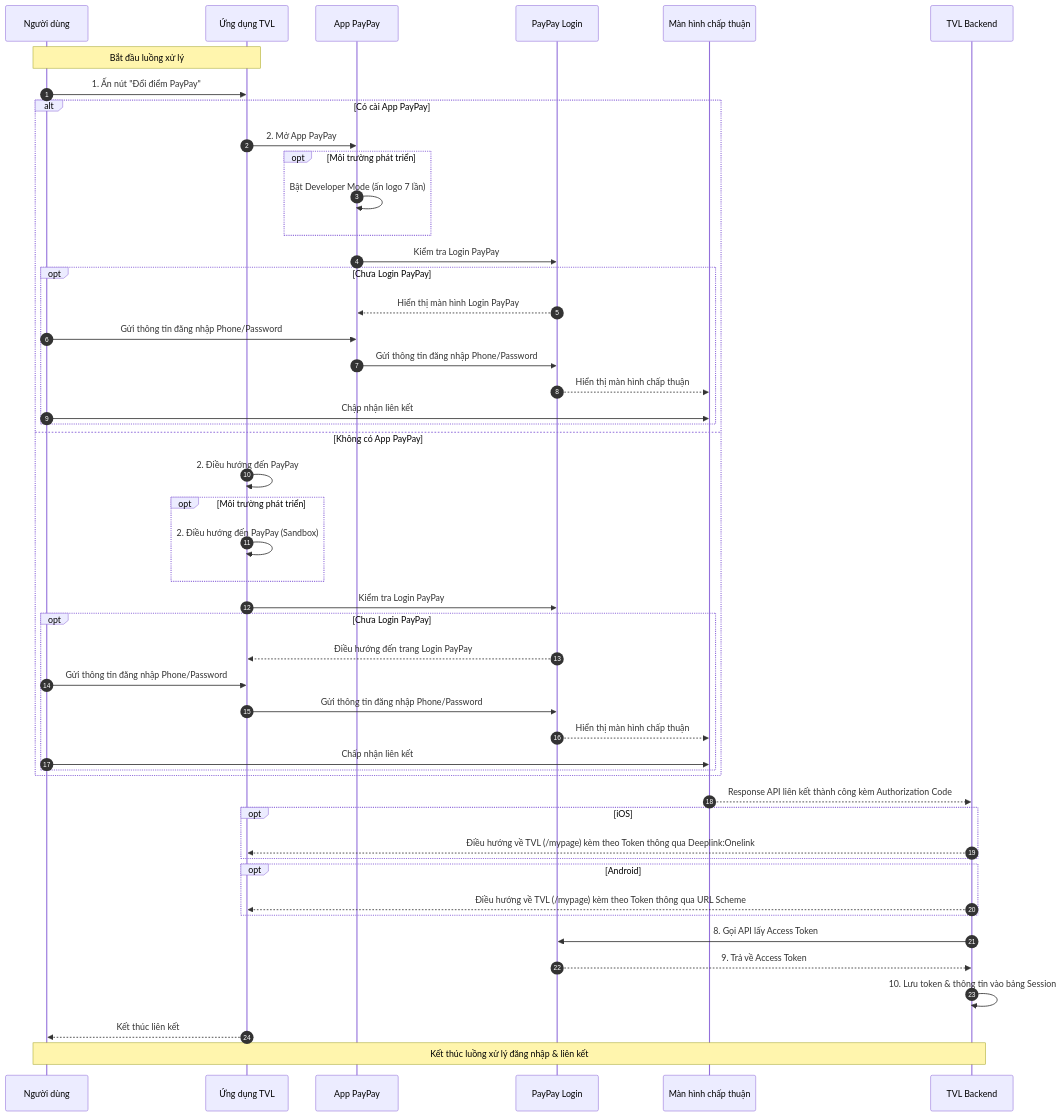
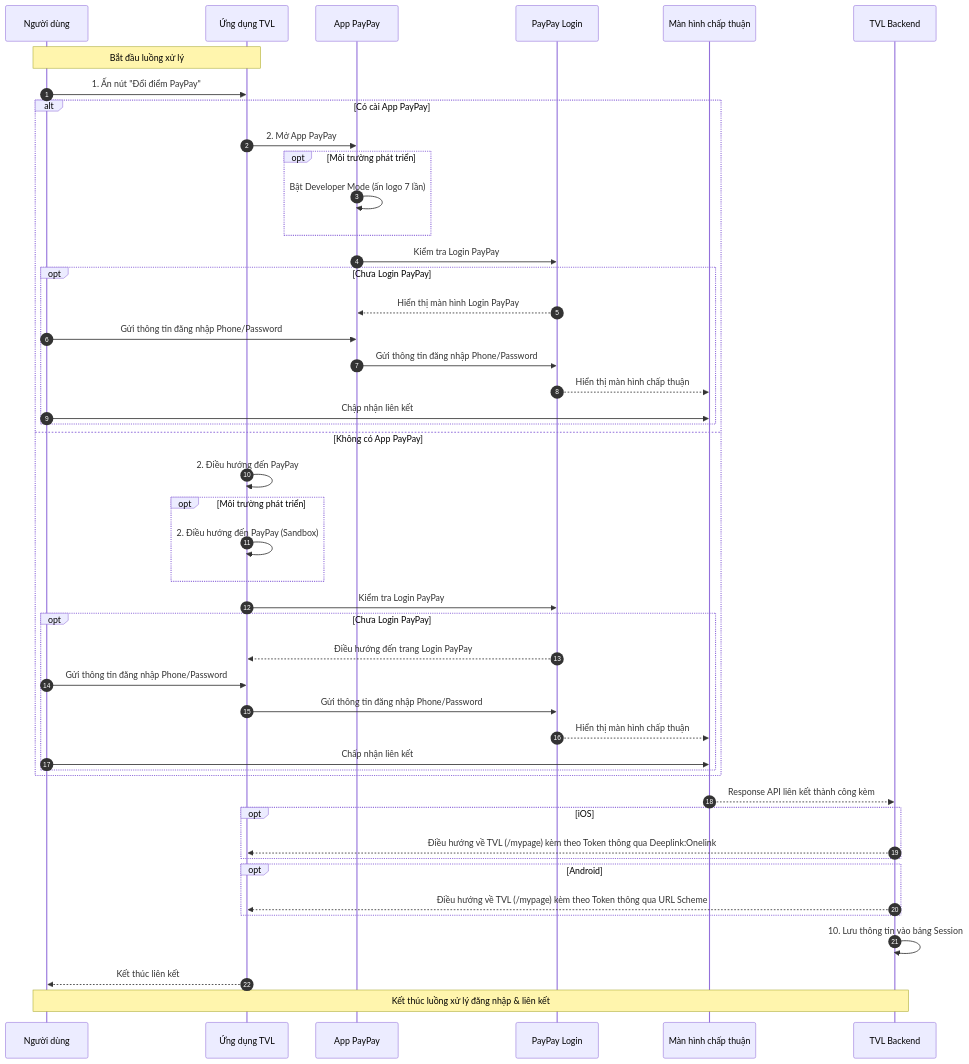
One commit to tuanvh262-zigexn/apw_documents changed the diagram in docs/points_exchange/paypay/[DOC]_paypay_login.md. Above: the diagram before and after it, drawn with Mermaid. The commit also changed other lines of this file and 2 other files, not shown here.

````diff
--- a/docs/points_exchange/paypay/[DOC]_paypay_login.md
+++ b/docs/points_exchange/paypay/[DOC]_paypay_login.md
@@ -77,65 +77,63 @@
 ```mermaid
 sequenceDiagram
   autonumber
   participant User as Người dùng
   participant TVLApp as Ứng dụng TVL
   participant PayPayApp as App PayPay
   participant PayPayLogin as PayPay Login
   participant Consent as Màn hình chấp thuận
   participant TVLBE as TVL Backend
 
   Note over User,TVLApp: Bắt đầu luồng xử lý
 
   User->>TVLApp: 1. Ấn nút "Đổi điểm PayPay"
   alt Có cài App PayPay
     TVLApp->>PayPayApp: 2. Mở App PayPay
 
 
     opt Môi trường phát triển
       PayPayApp->>PayPayApp: Bật Developer Mode (ấn logo 7 lần)
 
     end
     PayPayApp->>PayPayLogin: Kiểm tra Login PayPay
 
     opt Chưa Login PayPay
       PayPayLogin-->>PayPayApp: Hiển thị màn hình Login PayPay
       User->>PayPayApp: Gửi thông tin đăng nhập Phone/Password
       PayPayApp->>PayPayLogin: Gửi thông tin đăng nhập Phone/Password
       PayPayLogin-->>Consent: Hiển thị màn hình chấp thuận
       User->>Consent: Chập nhận liên kết
 
     end
 
   else Không có App PayPay
     TVLApp->>TVLApp: 2. Điều hướng đến PayPay
     opt Môi trường phát triển
       TVLApp->>TVLApp: 2. Điều hướng đến PayPay (Sandbox)
     end
     TVLApp->>PayPayLogin: Kiểm tra Login PayPay
 
     opt Chưa Login PayPay
       PayPayLogin-->>TVLApp: Điều hướng đến trang Login PayPay
       User->>TVLApp: Gửi thông tin đăng nhập Phone/Password
       TVLApp->>PayPayLogin: Gửi thông tin đăng nhập Phone/Password
       PayPayLogin-->>Consent: Hiển thị màn hình chấp thuận
       User->>Consent: Chấp nhận liên kết
     end
 
   end
-  Consent-->>TVLBE: Response API liên kết thành công kèm Authorization Code
+  Consent-->>TVLBE: Response API liên kết thành công kèm
   opt iOS
   TVLBE-->>TVLApp: Điều hướng về TVL (/mypage) kèm theo Token thông qua Deeplink:Onelink
   end
   opt Android
   TVLBE-->>TVLApp: Điều hướng về TVL (/mypage) kèm theo Token thông qua URL Scheme
   end
 
-  TVLBE->>PayPayLogin: 8. Gọi API lấy Access Token
-  PayPayLogin-->>TVLBE: 9. Trả về Access Token
-  TVLBE->>TVLBE: 10. Lưu token & thông tin vào bảng Session
+  TVLBE->>TVLBE: 10. Lưu thông tin vào bảng Session
   TVLApp-->>User: Kết thúc liên kết
 
 
   Note over User,TVLBE: Kết thúc luồng xử lý đăng nhập & liên kết
 
 ```
````
